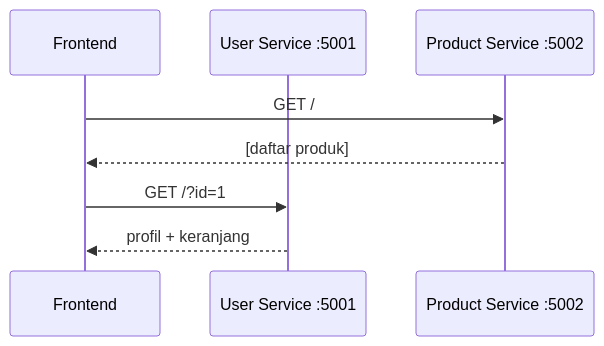
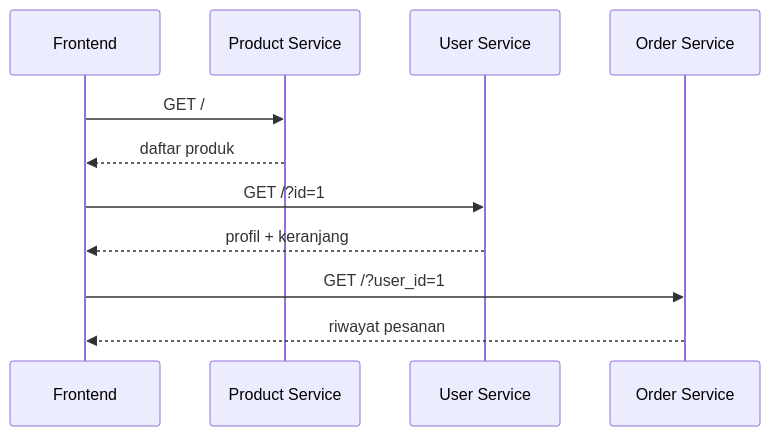
Before and after one commit to bijiapel139-zka/project-microservices: the second of 5 diagrams in web-microservice-native/docs/arsitektur.md, drawn with Mermaid. The commit also changed other lines of this file, not shown here.

First line of the commit message:
Revise architecture documentation for microservices

````diff
--- a/web-microservice-native/docs/arsitektur.md
+++ b/web-microservice-native/docs/arsitektur.md
@@ -40,10 +46,13 @@
 ```mermaid
 sequenceDiagram
     participant F as Frontend
-    participant U as User Service :5001
-    participant P as Product Service :5002
+    participant P as Product Service
+    participant U as User Service
+    participant O as Order Service
     F->>P: GET /
-    P-->>F: [daftar produk]
+    P-->>F: daftar produk
     F->>U: GET /?id=1
     U-->>F: profil + keranjang
+    F->>O: GET /?user_id=1
+    O-->>F: riwayat pesanan
 ```
````
